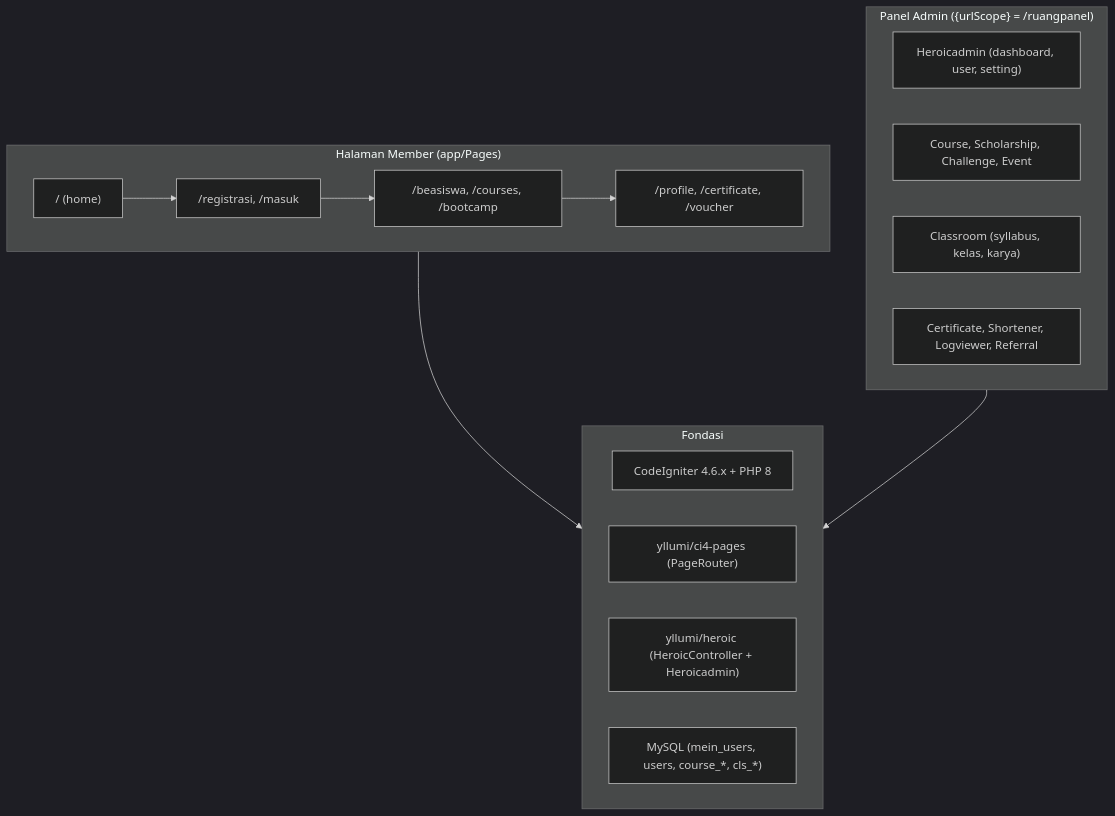
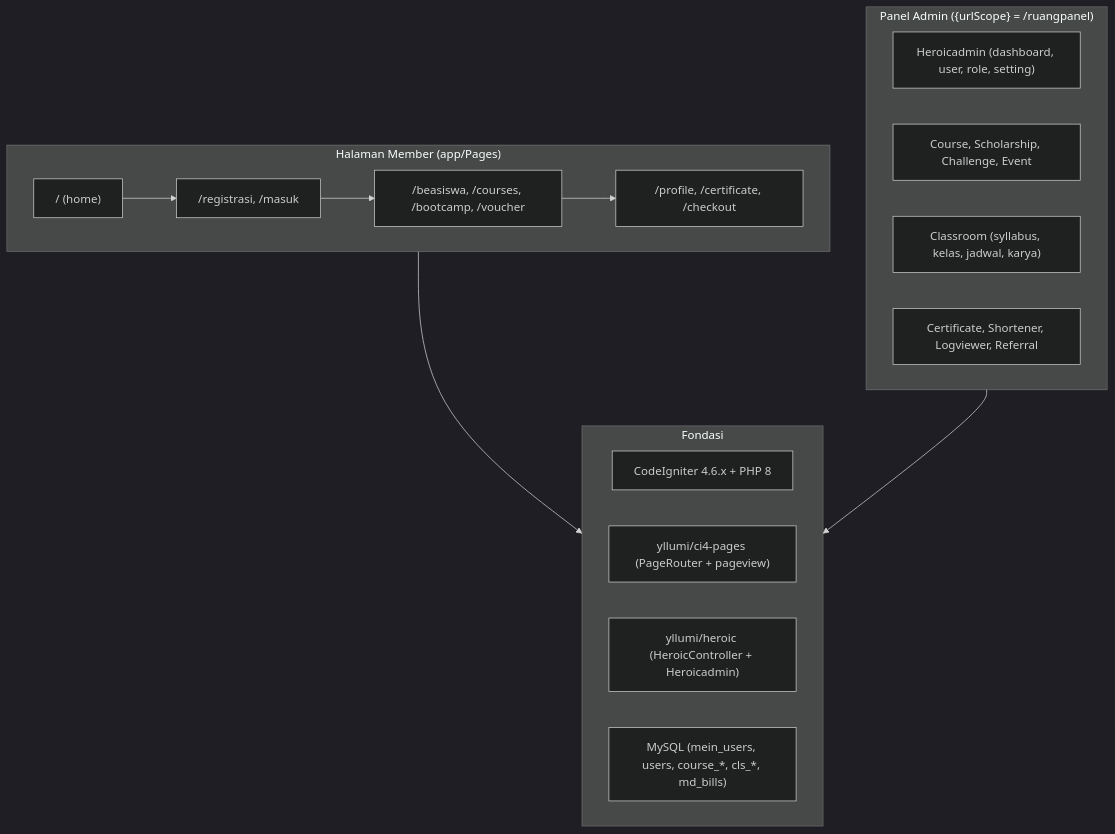
Before and after one commit to codepolitanlab/ruangai: the first of 3 diagrams in ARCHITECTURE.md, drawn with Mermaid (dark theme). The commit also changed other lines of this file and 2 other files, not shown here.

````diff
--- a/ARCHITECTURE.md
+++ b/ARCHITECTURE.md
@@ -23,25 +24,25 @@
 ```mermaid
 flowchart TB
     subgraph Member["Halaman Member (app/Pages)"]
         P1["/ (home)"] --> P2["/registrasi, /masuk"]
-        P2 --> P3["/beasiswa, /courses, /bootcamp"]
-        P3 --> P4["/profile, /certificate, /voucher"]
+        P2 --> P3["/beasiswa, /courses, /bootcamp, /voucher"]
+        P3 --> P4["/profile, /certificate, /checkout"]
     end
 
     subgraph Admin["Panel Admin ({urlScope} = /ruangpanel)"]
-        A1["Heroicadmin (dashboard, user, setting)"]
+        A1["Heroicadmin (dashboard, user, role, setting)"]
         A2["Course, Scholarship, Challenge, Event"]
-        A3["Classroom (syllabus, kelas, karya)"]
+        A3["Classroom (syllabus, kelas, jadwal, karya)"]
         A4["Certificate, Shortener, Logviewer, Referral"]
     end
 
     subgraph Core["Fondasi"]
         C1["CodeIgniter 4.6.x + PHP 8"]
-        C2["yllumi/ci4-pages (PageRouter)"]
+        C2["yllumi/ci4-pages (PageRouter + pageview)"]
         C3["yllumi/heroic (HeroicController + Heroicadmin)"]
-        C4["MySQL (mein_users, users, course_*, cls_*)"]
+        C4["MySQL (mein_users, users, course_*, cls_*, md_bills)"]
     end
 
     Member --> Core
     Admin --> Core
 ```
````
